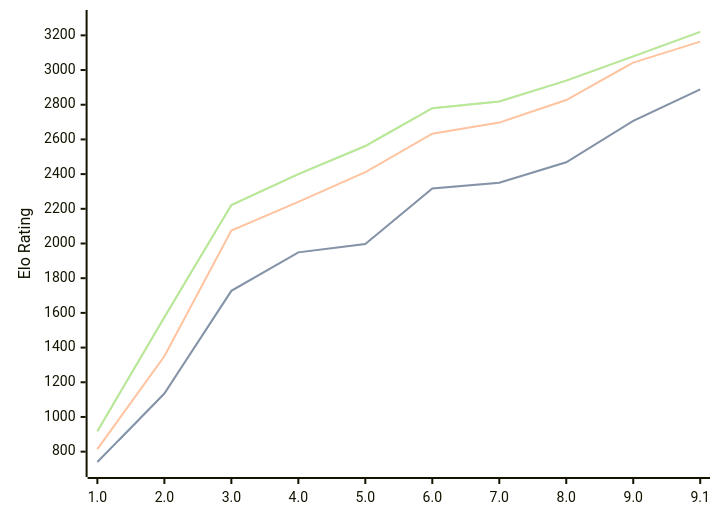
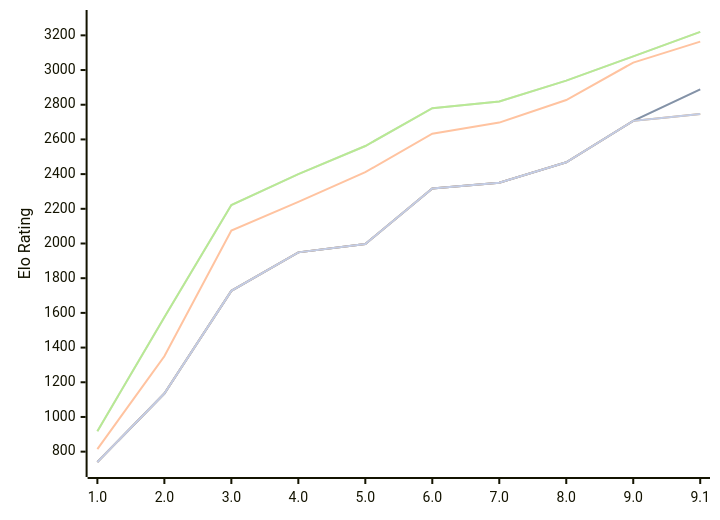
The diagram in engines/Pea.md (computer-chess-index/cci), drawn with Mermaid before and after one commit. The commit also changed other lines of this file, not shown here.

Commit message:
Update CCI Ratings (ELO VLTC) - 2026-10-11

````diff
--- a/engines/Pea.md
+++ b/engines/Pea.md
@@ -56,16 +56,13 @@
 ```mermaid
 %%{init: {"theme":"base","themeVariables":{"seriesColors:['#a3a3a3','#222221','#faa371']}}}%%
 xychart-beta
   x-axis ["1.0", "2.0", "3.0", "4.0", "5.0", "6.0", "7.0", "8.0", "9.0", "9.1"]
   y-axis "Elo Rating" 700 --> 3300
   line "" [740, 1135, 1727, 1949, 1997, 2317, 2350, 2468, 2707, 2888]
   line "T1: STC (8.0+0.08s)" [740, 1135, 1727, 1949, 1997, 2317, 2350, 2468, 2707, 2888]
   line "T1: LTC (60.0+0.60s)" [815, 1350, 2075, 2240, 2411, 2633, 2697, 2827, 3043, 3164]
   line "" [918, 1575, 2222, 2400, 2562, 2780, 2819, 2939, 3079, 3220]
   line "T1: VLTC (2m24s+1.12s)" [918, 1575, 2222, 2400, 2562, 2780, 2819, 2939, 3079, 3220]
-  line "" [2735]
-  line "E1: STC (8.0+0.08s)" [2735]
-  line "E1: LTC (60.0+0.60s)" [3069]
-  line "" [3123]
-  line "E1: VLTC (2m24s+1.12s)" [3123]
+  line "" [740, 1135, 1727, 1949, 1997, 2317, 2350, 2468, 2707,2746]
+  line "E1: STC (8.0+0.08s)" [740, 1135, 1727, 1949, 1997, 2317, 2350, 2468, 2707,2746]
 ```
````
